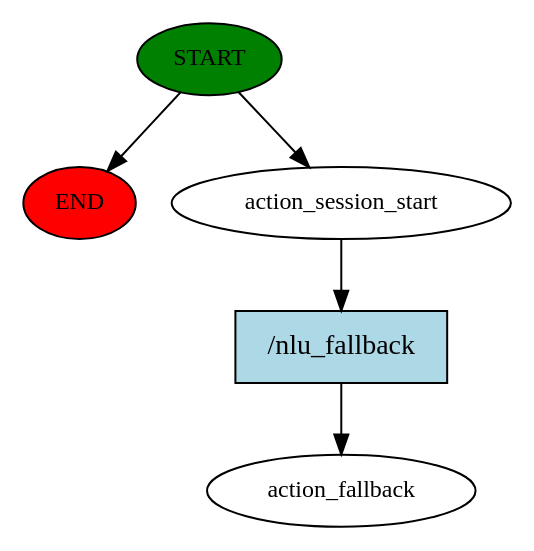
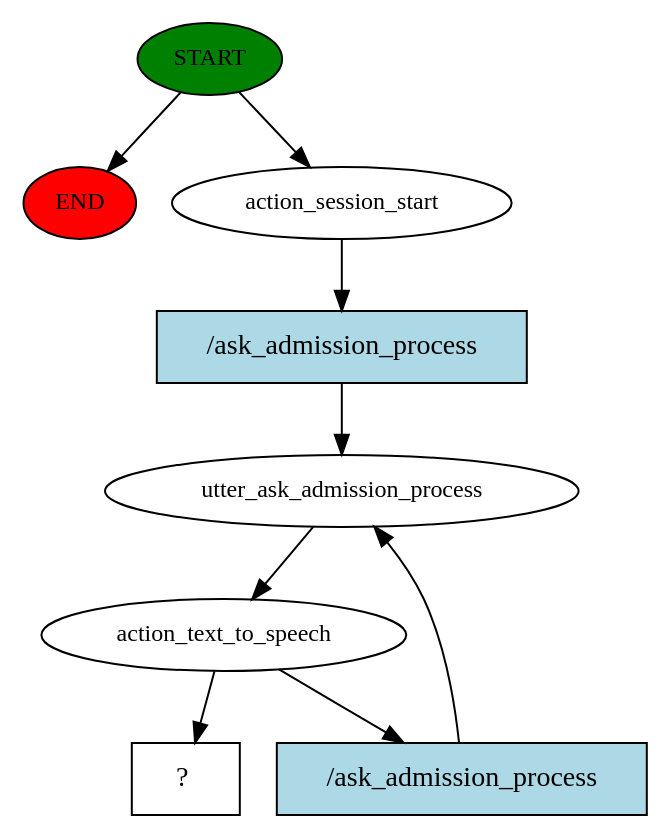
Before and after one commit to quant-1729/Mnnit_chatbot: the diagram in story_graph.dot, drawn with Graphviz. The commit also changed 37 other files, not shown here.

```diff
--- a/story_graph.dot
+++ b/story_graph.dot
@@ -1,11 +1,18 @@
 digraph  {
 0 [class="start active", fillcolor=green, fontsize=12, label=START, style=filled];
 "-1" [class=end, fillcolor=red, fontsize=12, label=END, style=filled];
 1 [class=active, fontsize=12, label=action_session_start];
-2 [class="dashed active", fontsize=12, label=action_fallback];
-3 [class="intent active", fillcolor=lightblue, label="/nlu_fallback", shape=rect, style=filled];
+2 [class=active, fontsize=12, label=utter_ask_admission_process];
+3 [class=active, fontsize=12, label=action_text_to_speech];
+6 [class="intent dashed active", label="  ?  ", shape=rect];
+7 [class="intent active", fillcolor=lightblue, label="/ask_admission_process", shape=rect, style=filled];
+8 [class="intent active", fillcolor=lightblue, label="/ask_admission_process", shape=rect, style=filled];
 0 -> "-1"  [class="", key=NONE, label=""];
 0 -> 1  [class=active, key=NONE, label=""];
-1 -> 3  [class=active, key=0];
-3 -> 2  [class=active, key=0];
+1 -> 7  [class=active, key=0];
+2 -> 3  [class=active, key=NONE, label=""];
+3 -> 6  [class=active, key=NONE, label=""];
+3 -> 8  [class=active, key=0];
+7 -> 2  [class=active, key=0];
+8 -> 2  [class=active, key=0];
 }
```
